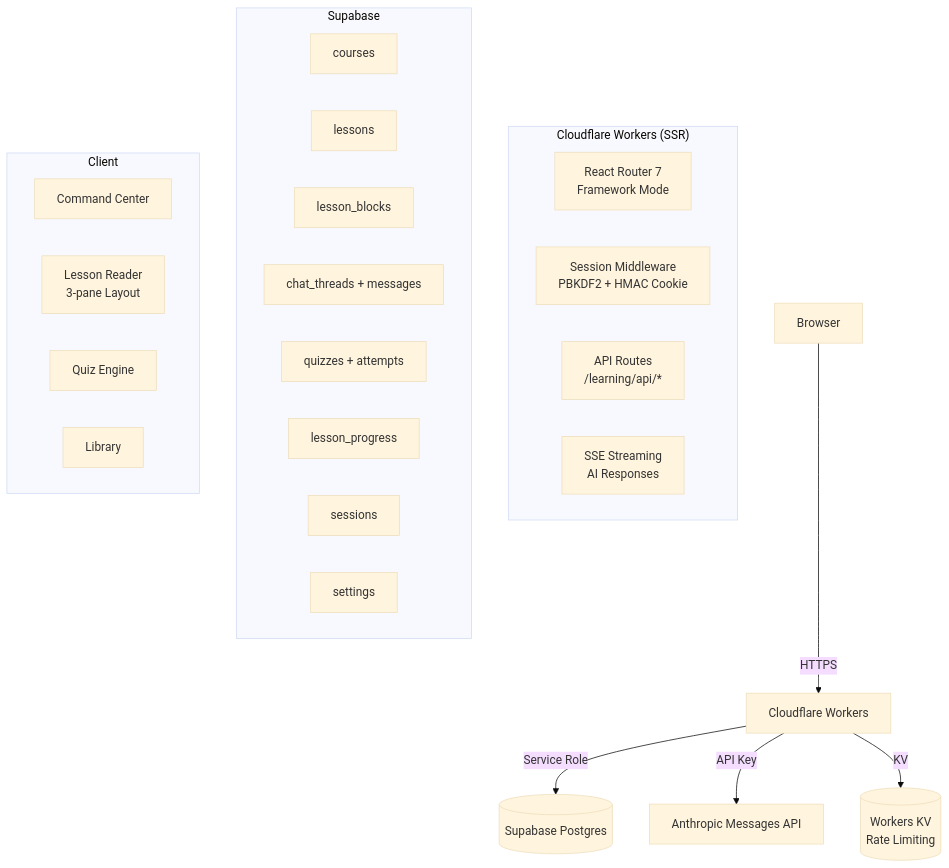
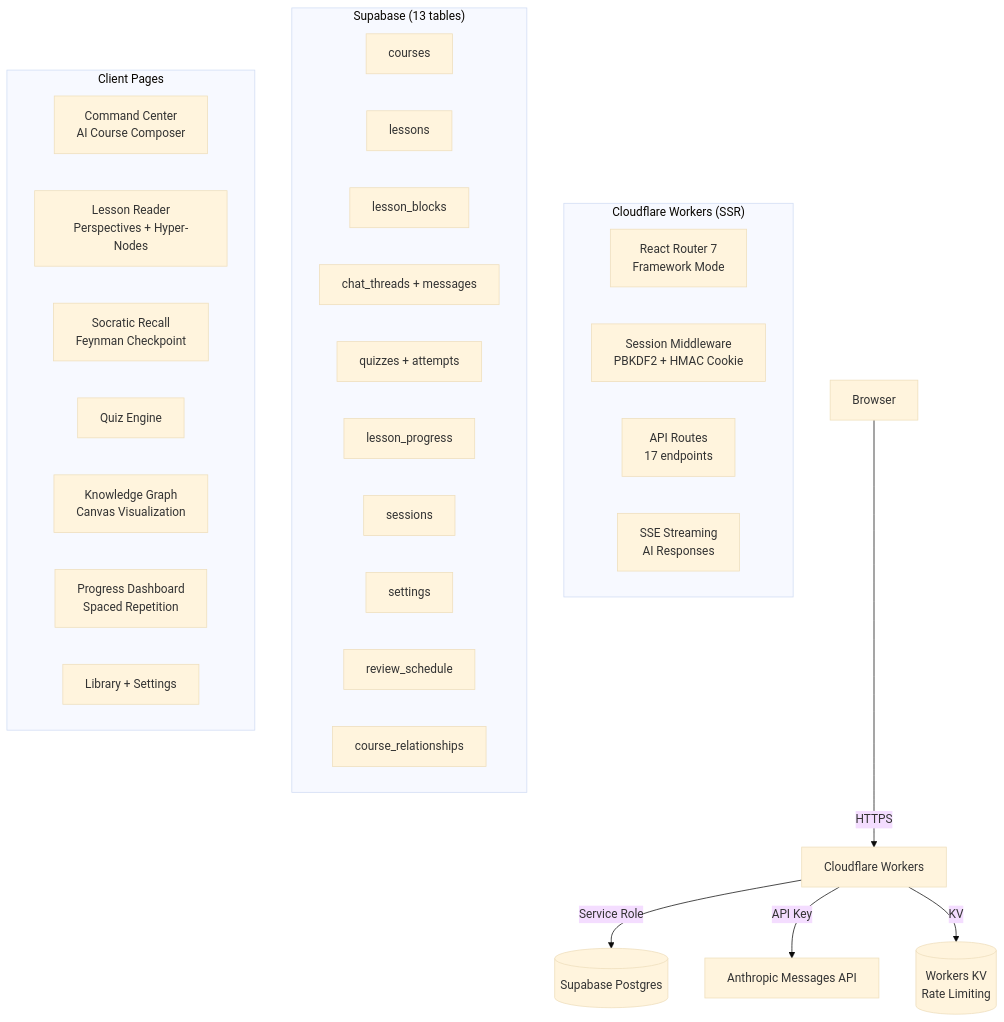
One commit to NapatSangsong/napats-site changed the diagram in docs/learning/ARCHITECTURE.md. Above: the diagram before and after it, drawn with Mermaid (base theme). The commit also changed other lines of this file and 1 other file, not shown here.

First line of the commit message:
Update README and architecture docs with full feature spec

````diff
--- a/docs/learning/ARCHITECTURE.md
+++ b/docs/learning/ARCHITECTURE.md
@@ -5,32 +5,37 @@
 ```mermaid
 graph TB
     Browser[Browser] -->|HTTPS| CF[Cloudflare Workers]
     CF -->|Service Role| SB[(Supabase Postgres)]
     CF -->|API Key| AI[Anthropic Messages API]
     CF -->|KV| KV[(Workers KV<br/>Rate Limiting)]
 
     subgraph "Cloudflare Workers (SSR)"
         RR[React Router 7<br/>Framework Mode]
         Auth[Session Middleware<br/>PBKDF2 + HMAC Cookie]
-        API[API Routes<br/>/learning/api/*]
+        API[API Routes<br/>17 endpoints]
         SSE[SSE Streaming<br/>AI Responses]
     end
 
-    subgraph "Supabase"
+    subgraph "Supabase (13 tables)"
         Courses[courses]
         Lessons[lessons]
         Blocks[lesson_blocks]
         Chat[chat_threads + messages]
         Quiz[quizzes + attempts]
         Progress[lesson_progress]
         Sessions[sessions]
         Settings[settings]
+        Reviews[review_schedule]
+        Graph[course_relationships]
     end
 
-    subgraph "Client"
-        CC[Command Center]
-        LR[Lesson Reader<br/>3-pane Layout]
+    subgraph "Client Pages"
+        CC[Command Center<br/>AI Course Composer]
+        LR[Lesson Reader<br/>Perspectives + Hyper-Nodes]
+        SR[Socratic Recall<br/>Feynman Checkpoint]
         QZ[Quiz Engine]
-        LIB[Library]
+        KG[Knowledge Graph<br/>Canvas Visualization]
+        PD[Progress Dashboard<br/>Spaced Repetition]
+        LIB[Library + Settings]
     end
 ```
````
